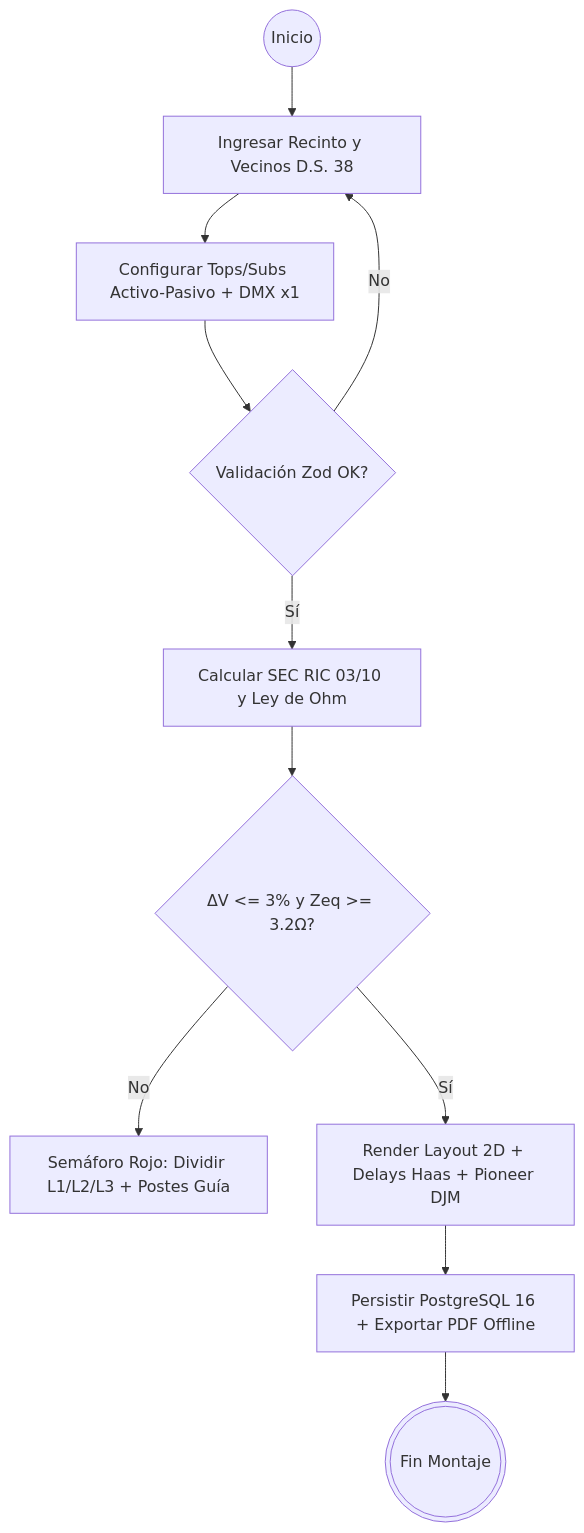
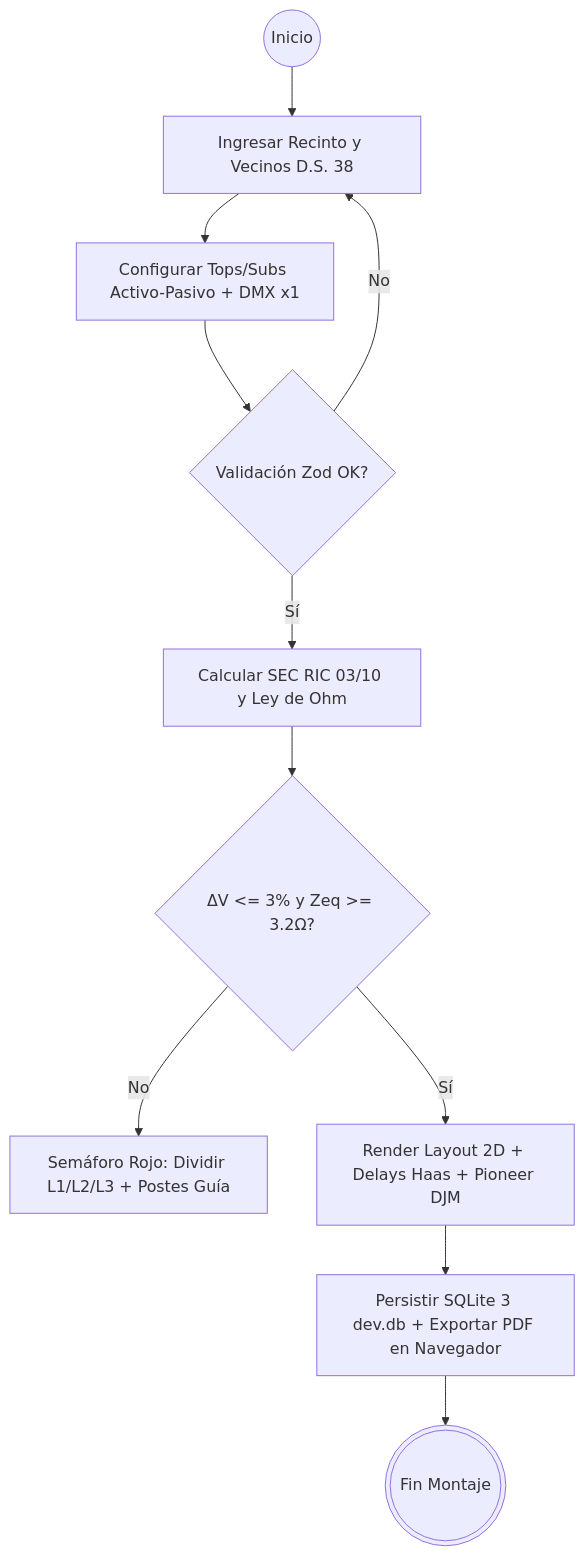
The second of 3 diagrams in INFORME_SUMATIVA_02_TIHV43_MAURICIO_VEGA.md (MauricioVega01/stage-plan), drawn with Mermaid before and after one commit. The commit also changed other lines of this file and 14 other files, not shown here.

````diff
--- a/INFORME_SUMATIVA_02_TIHV43_MAURICIO_VEGA.md
+++ b/INFORME_SUMATIVA_02_TIHV43_MAURICIO_VEGA.md
@@ -444,13 +459,13 @@
 ```mermaid
 flowchart TD
   I((Inicio)) --> A[Ingresar Recinto y Vecinos D.S. 38]
   A --> B[Configurar Tops/Subs Activo-Pasivo + DMX x1]
   B --> V{Validación Zod OK?}
   V -- No --> A
   V -- Sí --> C[Calcular SEC RIC 03/10 y Ley de Ohm]
   C --> G{ΔV <= 3% y Zeq >= 3.2Ω?}
   G -- No --> R[Semáforo Rojo: Dividir L1/L2/L3 + Postes Guía]
   G -- Sí --> O[Render Layout 2D + Delays Haas + Pioneer DJM]
-  O --> P[Persistir PostgreSQL 16 + Exportar PDF Offline]
+  O --> P[Persistir SQLite 3 dev.db + Exportar PDF en Navegador]
   P --> F(((Fin Montaje)))
 ```
````
